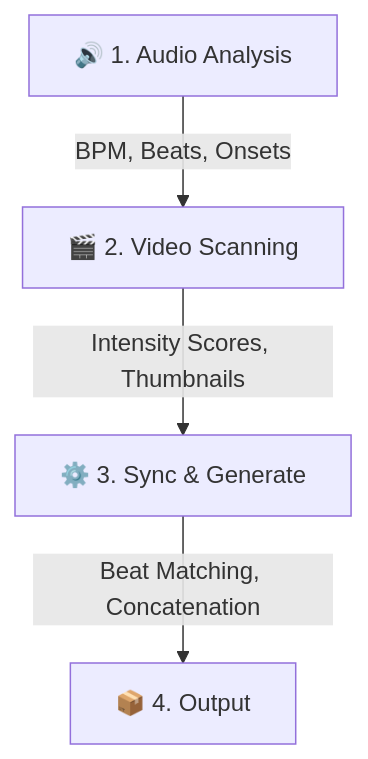
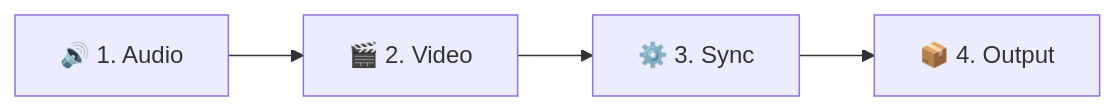
Before and after one commit to julesjewels-ai/bachata-beat-story-sync: the fifth of 5 diagrams in docs/user-guide.md, drawn with Mermaid. The commit also changed other lines of this file and 8 other files, not shown here.

Commit message:
docs: Update documentation with new banner images and simplify several mermaid flowcharts.

````diff
--- a/docs/user-guide.md
+++ b/docs/user-guide.md
@@ -206,6 +189,4 @@
 ```mermaid
-flowchart TD
-    1[🔊 1. Audio Analysis] -->|BPM, Beats, Onsets| 2[🎬 2. Video Scanning]
-    2 -->|Intensity Scores, Thumbnails| 3[⚙️ 3. Sync & Generate]
-    3 -->|Beat Matching, Concatenation| 4[📦 4. Output]
+flowchart LR
+    1[🔊 1. Audio] --> 2[🎬 2. Video] --> 3[⚙️ 3. Sync] --> 4[📦 4. Output]
 ```
````
